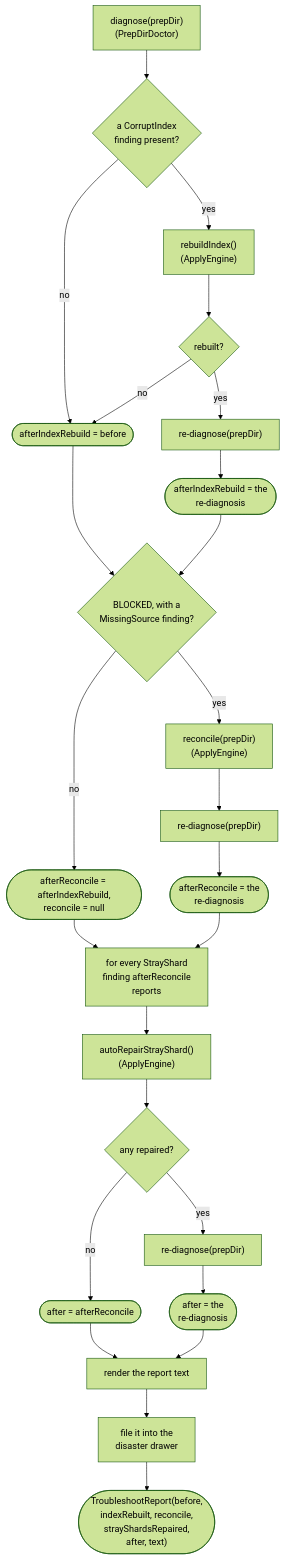
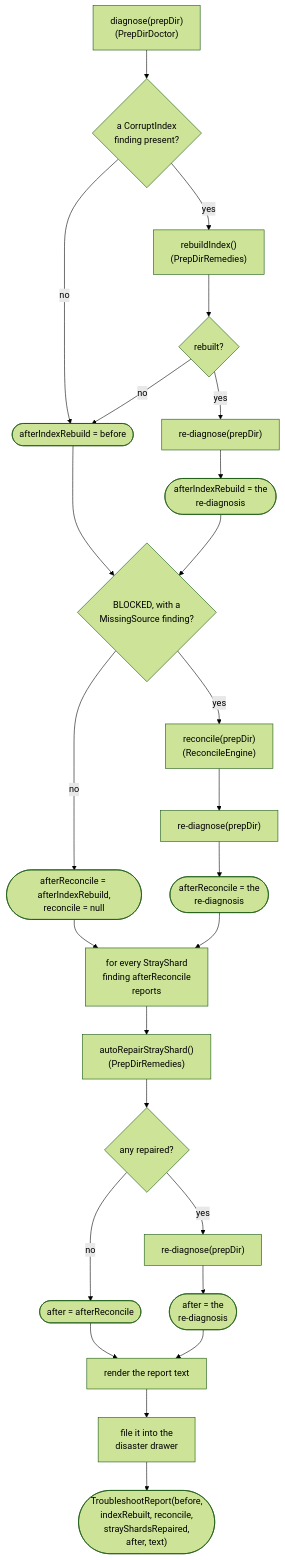
Before and after one commit to AdrianNachev91/sluice: the diagram in app/docs/design/application/service/troubleshooter.md, drawn with Mermaid (forest theme). The commit also changed other lines of this file and 45 other files, not shown here.

First line of the commit message:
refactor(java-port): Phase 13-prep chunk 9 - six-way ApplyEngine split

````diff
--- a/app/docs/design/application/service/troubleshooter.md
+++ b/app/docs/design/application/service/troubleshooter.md
@@ -8,27 +8,27 @@
 ```mermaid
 flowchart TD
     A["diagnose(prepDir)<br/>(PrepDirDoctor)"] --> A2{"a CorruptIndex<br/>finding present?"}
     A2 -- no --> B
-    A2 -- yes --> A3["rebuildIndex()<br/>(ApplyEngine)"]
+    A2 -- yes --> A3["rebuildIndex()<br/>(PrepDirRemedies)"]
     A3 --> A4{"rebuilt?"}
     A4 -- no --> B(["afterIndexRebuild = before"])
     A4 -- yes --> A5["re-diagnose(prepDir)"]
     A5 --> A6(["afterIndexRebuild = the<br/>re-diagnosis"])
     B --> B2{"BLOCKED, with a<br/>MissingSource finding?"}
     A6 --> B2
     B2 -- no --> C(["afterReconcile = afterIndexRebuild,<br/>reconcile = null"])
-    B2 -- yes --> D["reconcile(prepDir)<br/>(ApplyEngine)"]
+    B2 -- yes --> D["reconcile(prepDir)<br/>(ReconcileEngine)"]
     D --> E["re-diagnose(prepDir)"]
     E --> F(["afterReconcile = the<br/>re-diagnosis"])
     C --> R["for every StrayShard<br/>finding afterReconcile<br/>reports"]
     F --> R
-    R --> S["autoRepairStrayShard()<br/>(ApplyEngine)"]
+    R --> S["autoRepairStrayShard()<br/>(PrepDirRemedies)"]
     S --> T{"any repaired?"}
     T -- no --> U(["after = afterReconcile"])
     T -- yes --> V["re-diagnose(prepDir)"]
     V --> W(["after = the<br/>re-diagnosis"])
     U --> G["render the report text"]
     W --> G
     G --> H["file it into the<br/>disaster drawer"]
     H --> I(["TroubleshootReport(before,<br/>indexRebuilt, reconcile,<br/>strayShardsRepaired,<br/>after, text)"])
 ```
````
